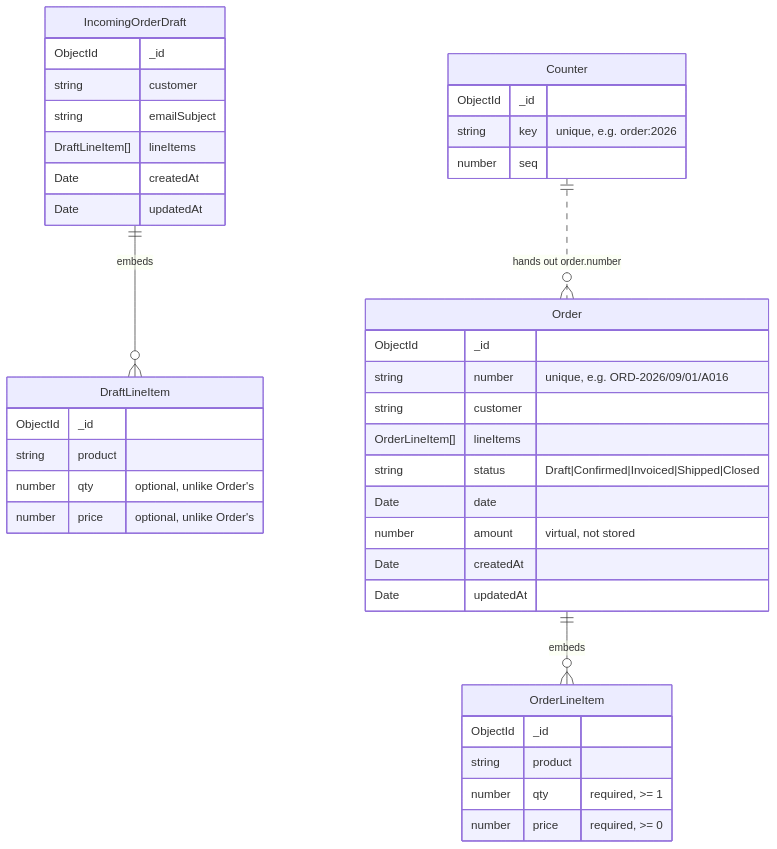
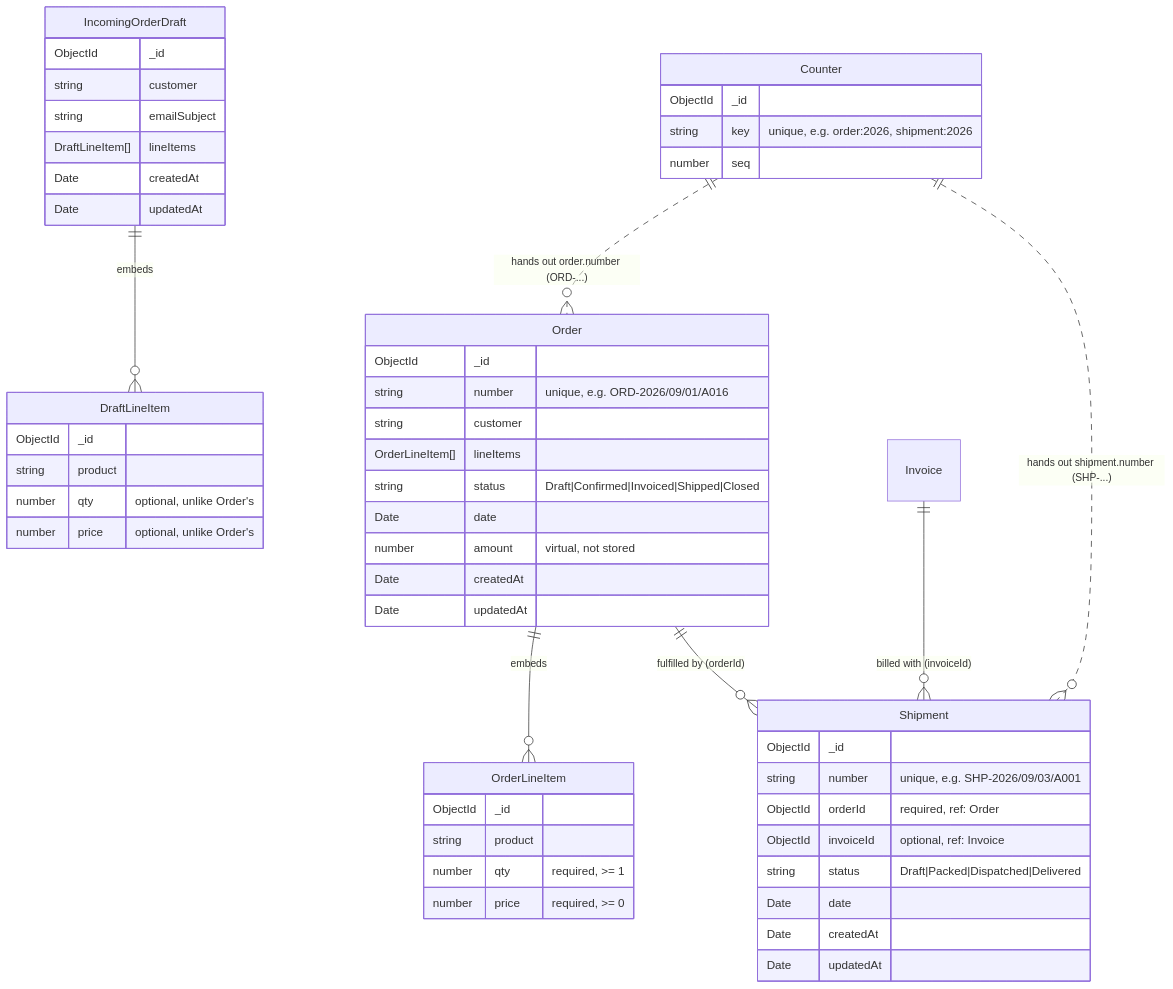
Before and after one commit to BhagyaInduwara/PUSL-3120-Full-Stack-development-Group-Project: the first of 2 diagrams in docs/schema-diagram.md, drawn with Mermaid. The commit also changed other lines of this file, not shown here.

Commit message:
docs(logistics): document shipment schema, relations, and delivery lifecycle

````diff
--- a/docs/schema-diagram.md
+++ b/docs/schema-diagram.md
@@ -13,43 +14,56 @@
 ```mermaid
 erDiagram
     IncomingOrderDraft ||--o{ DraftLineItem : embeds
     Order ||--o{ OrderLineItem : embeds
-    Counter ||..o{ Order : "hands out order.number"
+    Order ||--o{ Shipment : "fulfilled by (orderId)"
+    Invoice ||--o{ Shipment : "billed with (invoiceId)"
+    Counter ||..o{ Order : "hands out order.number (ORD-...)"
+    Counter ||..o{ Shipment : "hands out shipment.number (SHP-...)"
 
     IncomingOrderDraft {
         ObjectId _id
         string customer
         string emailSubject
         DraftLineItem[] lineItems
         Date createdAt
         Date updatedAt
     }
     DraftLineItem {
         ObjectId _id
         string product
         number qty "optional, unlike Order's"
         number price "optional, unlike Order's"
     }
     Order {
         ObjectId _id
         string number "unique, e.g. ORD-2026/09/01/A016"
         string customer
         OrderLineItem[] lineItems
         string status "Draft|Confirmed|Invoiced|Shipped|Closed"
         Date date
         number amount "virtual, not stored"
         Date createdAt
         Date updatedAt
     }
     OrderLineItem {
         ObjectId _id
         string product
         number qty "required, >= 1"
         number price "required, >= 0"
     }
+    Shipment {
+        ObjectId _id
+        string number "unique, e.g. SHP-2026/09/03/A001"
+        ObjectId orderId "required, ref: Order"
+        ObjectId invoiceId "optional, ref: Invoice"
+        string status "Draft|Packed|Dispatched|Delivered"
+        Date date
+        Date createdAt
+        Date updatedAt
+    }
     Counter {
         ObjectId _id
-        string key "unique, e.g. order:2026"
+        string key "unique, e.g. order:2026, shipment:2026"
         number seq
     }
 ```
````
